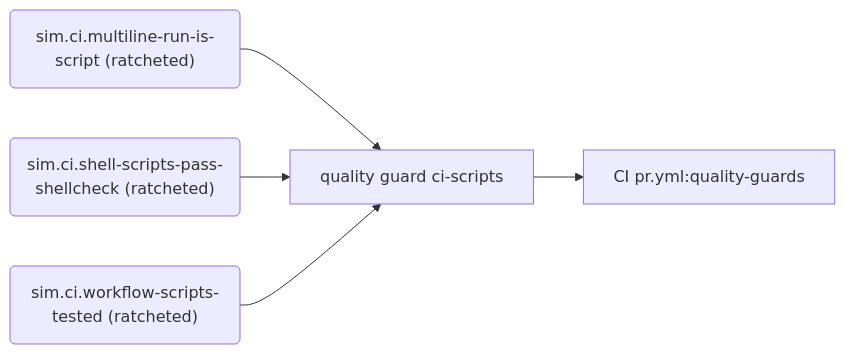
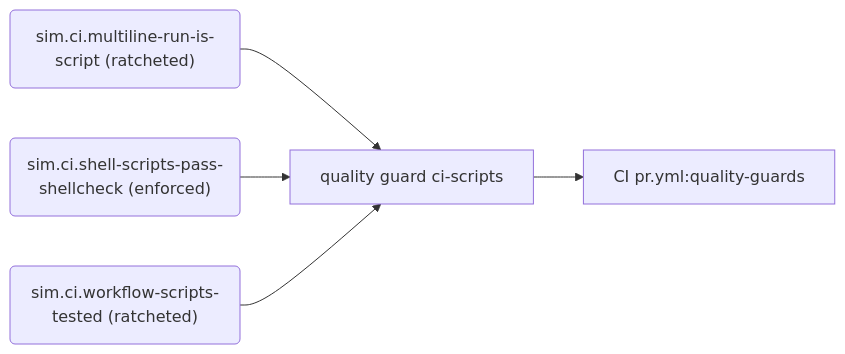
Before and after one commit to PolicyEngine/policyengine-sim-api: the seventh of 8 diagrams in docs/generated/rules.md, drawn with Mermaid. The commit also changed other lines of this file and 4 other files, not shown here.

````diff
--- a/docs/generated/rules.md
+++ b/docs/generated/rules.md
@@ -285,12 +284,12 @@
 ```mermaid
 flowchart LR
   r_sim_ci_multiline_run_is_script("sim.ci.multiline-run-is-script (ratcheted)")
   e_quality_guard_ci_scripts["quality guard ci-scripts"]
   j_CI_pr_yml_quality_guards["CI pr.yml:quality-guards"]
-  r_sim_ci_shell_scripts_pass_shellcheck("sim.ci.shell-scripts-pass-shellcheck (ratcheted)")
+  r_sim_ci_shell_scripts_pass_shellcheck("sim.ci.shell-scripts-pass-shellcheck (enforced)")
   r_sim_ci_workflow_scripts_tested("sim.ci.workflow-scripts-tested (ratcheted)")
   r_sim_ci_multiline_run_is_script --> e_quality_guard_ci_scripts
   e_quality_guard_ci_scripts --> j_CI_pr_yml_quality_guards
   r_sim_ci_shell_scripts_pass_shellcheck --> e_quality_guard_ci_scripts
   r_sim_ci_workflow_scripts_tested --> e_quality_guard_ci_scripts
 ```
````
